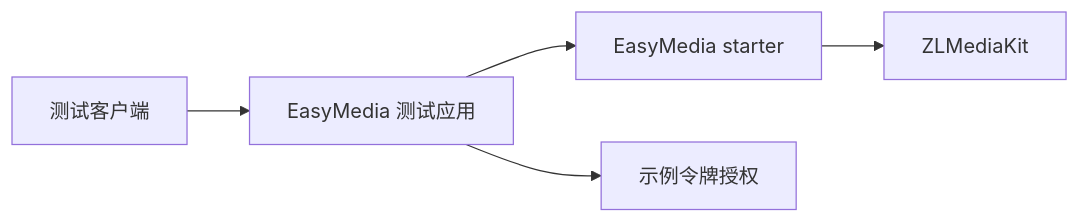
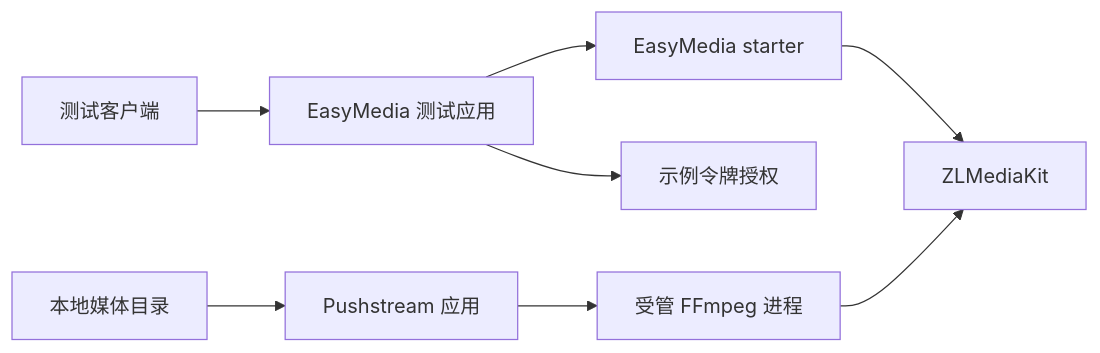
One commit to Secret799/simple-secret changed the diagram in simple-secret-application/README.md. Above: the diagram before and after it, drawn with Mermaid. The commit also changed other lines of this file and 35 other files, not shown here.

````diff
--- a/simple-secret-application/README.md
+++ b/simple-secret-application/README.md
@@ -11,7 +12,10 @@
 ```mermaid
 flowchart LR
     CLIENT["测试客户端"] --> APP["EasyMedia 测试应用"]
     APP --> STARTER["EasyMedia starter"]
     STARTER --> ZLM["ZLMediaKit"]
     APP --> AUTH["示例令牌授权"]
+    FILES["本地媒体目录"] --> PUSH["Pushstream 应用"]
+    PUSH --> FFMPEG["受管 FFmpeg 进程"]
+    FFMPEG --> ZLM
 ```
````
